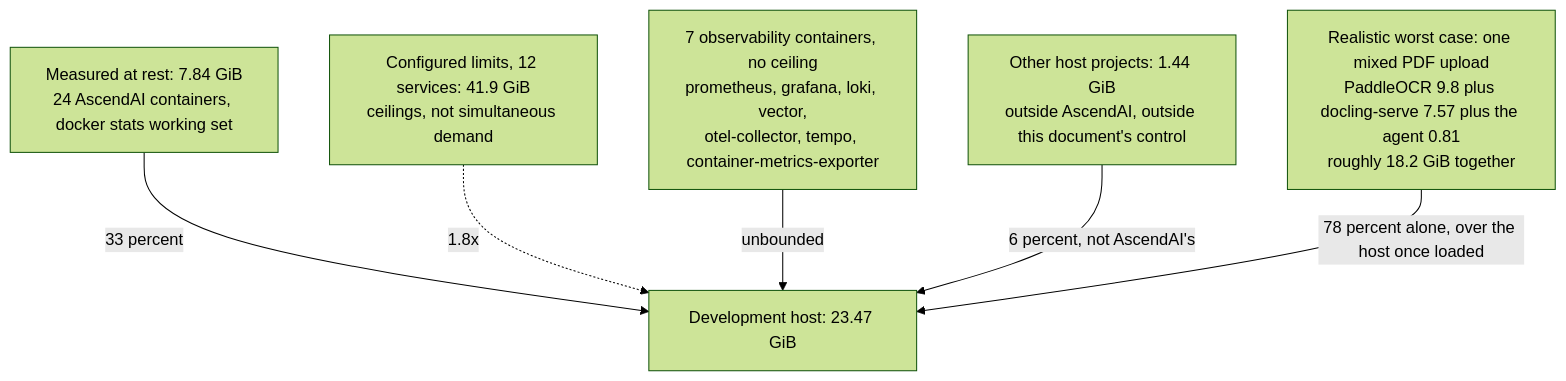
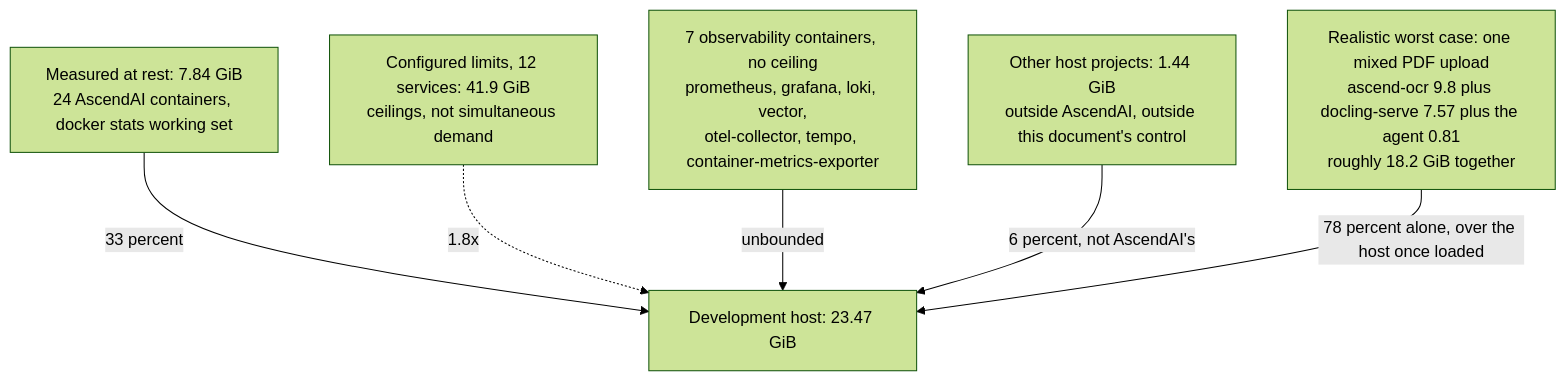
The diagram in docs/architecture/memory-budget.md (Lukk17/AscendAI), drawn with Mermaid (forest theme) before and after one commit. The commit also changed other lines of this file and 446 other files, not shown here.

````diff
--- a/docs/architecture/memory-budget.md
+++ b/docs/architecture/memory-budget.md
@@ -230,18 +230,18 @@
 ```mermaid
 graph TB
     accTitle: AscendAI memory budget against host capacity
     accDescr: The 23.47 GiB development host measures 7.84 GiB of resting usage across AscendAI's own 24 containers, plans against 41.9 GiB of configured container limits, carries 7 containers with no configured ceiling, and faces a realistic worst case of roughly 18.2 GiB from a single document upload, which now fits the host on its own but not on top of the 5.65 GiB the rest of the host holds at rest.
 
     Idle["Measured at rest: 7.84 GiB<br/>24 AscendAI containers, docker stats working set"]
     Limits["Configured limits, 12 services: 41.9 GiB<br/>ceilings, not simultaneous demand"]
     Uncapped["7 observability containers, no ceiling<br/>prometheus, grafana, loki, vector,<br/>otel-collector, tempo, container-metrics-exporter"]
     External["Other host projects: 1.44 GiB<br/>outside AscendAI, outside this document's control"]
-    Realistic["Realistic worst case: one mixed PDF upload<br/>PaddleOCR 9.8 plus docling-serve 7.57 plus the agent 0.81<br/>roughly 18.2 GiB together"]
+    Realistic["Realistic worst case: one mixed PDF upload<br/>ascend-ocr 9.8 plus docling-serve 7.57 plus the agent 0.81<br/>roughly 18.2 GiB together"]
     Host["Development host: 23.47 GiB"]
 
     Idle -->|33 percent| Host
     Limits -.->|1.8x| Host
     Uncapped -->|unbounded| Host
     External -->|6 percent, not AscendAI's| Host
     Realistic -->|78 percent alone, over the host once loaded| Host
 ```
````
